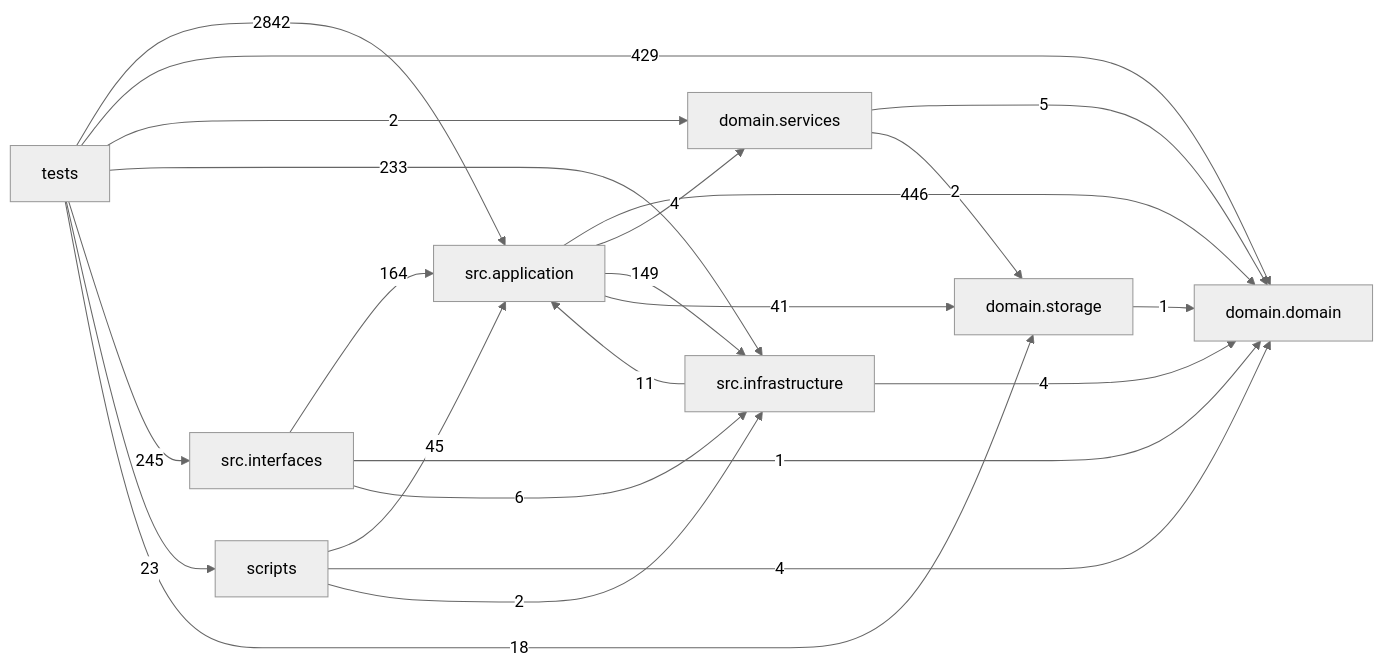
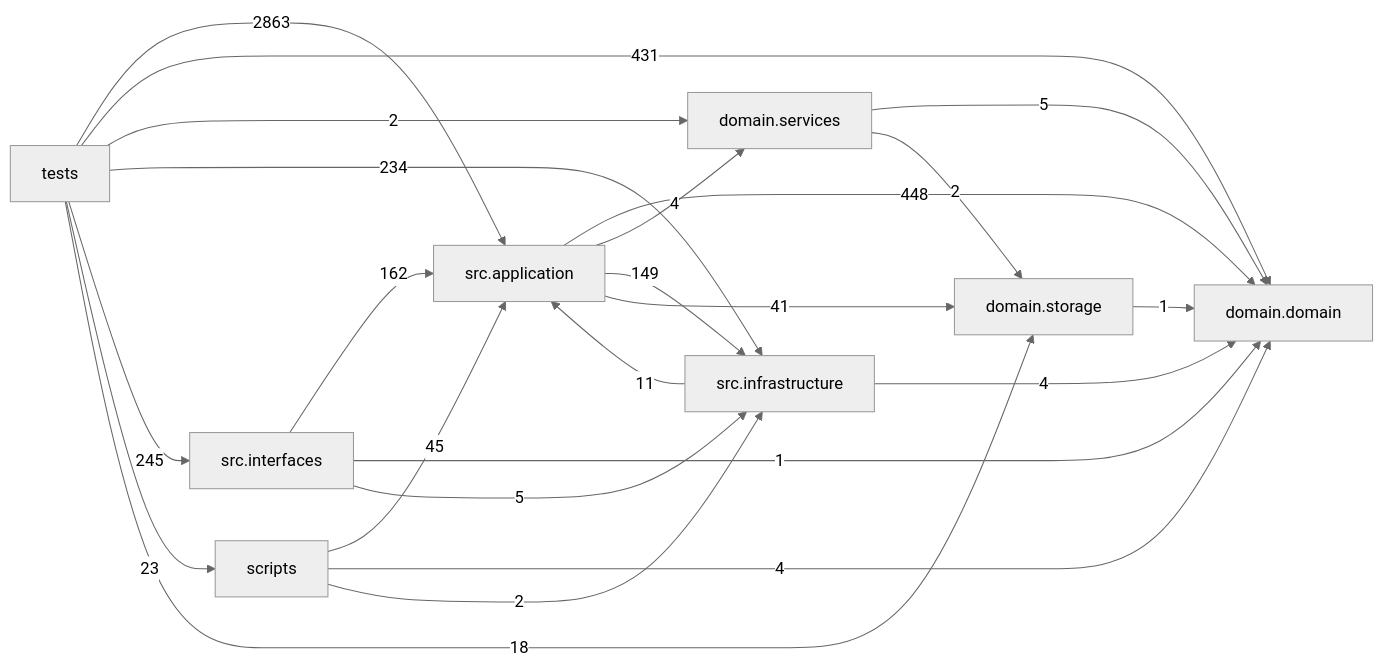
The diagram in docs/DEPENDENCY_GRAPH.md (liuxie066/options-monitor), drawn with Mermaid (neutral theme) before and after one commit. The commit also changed other lines of this file and 29 other files, not shown here.

````diff
--- a/docs/DEPENDENCY_GRAPH.md
+++ b/docs/DEPENDENCY_GRAPH.md
@@ -24,33 +24,33 @@
 ```mermaid
 flowchart LR
   tests["tests"]
   scripts["scripts"]
   interfaces["src.interfaces"]
   application["src.application"]
   infrastructure["src.infrastructure"]
   domain_services["domain.services"]
   domain["domain.domain"]
   storage["domain.storage"]
-  application -->|446| domain
+  application -->|448| domain
   application -->|4| domain_services
   application -->|149| infrastructure
   application -->|41| storage
   domain_services -->|5| domain
   domain_services -->|2| storage
   infrastructure -->|11| application
   infrastructure -->|4| domain
-  interfaces -->|164| application
+  interfaces -->|162| application
   interfaces -->|1| domain
-  interfaces -->|6| infrastructure
+  interfaces -->|5| infrastructure
   scripts -->|45| application
   scripts -->|4| domain
   scripts -->|2| infrastructure
   storage -->|1| domain
-  tests -->|2842| application
-  tests -->|429| domain
+  tests -->|2863| application
+  tests -->|431| domain
   tests -->|2| domain_services
-  tests -->|233| infrastructure
+  tests -->|234| infrastructure
   tests -->|245| interfaces
   tests -->|23| scripts
   tests -->|18| storage
 ```
````
